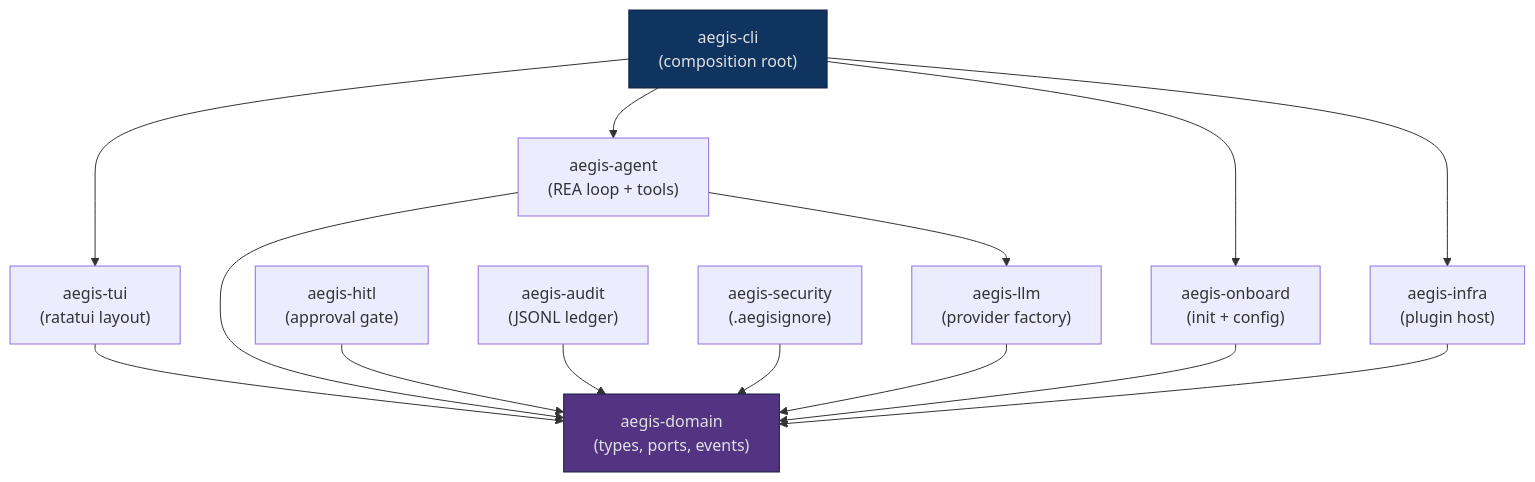
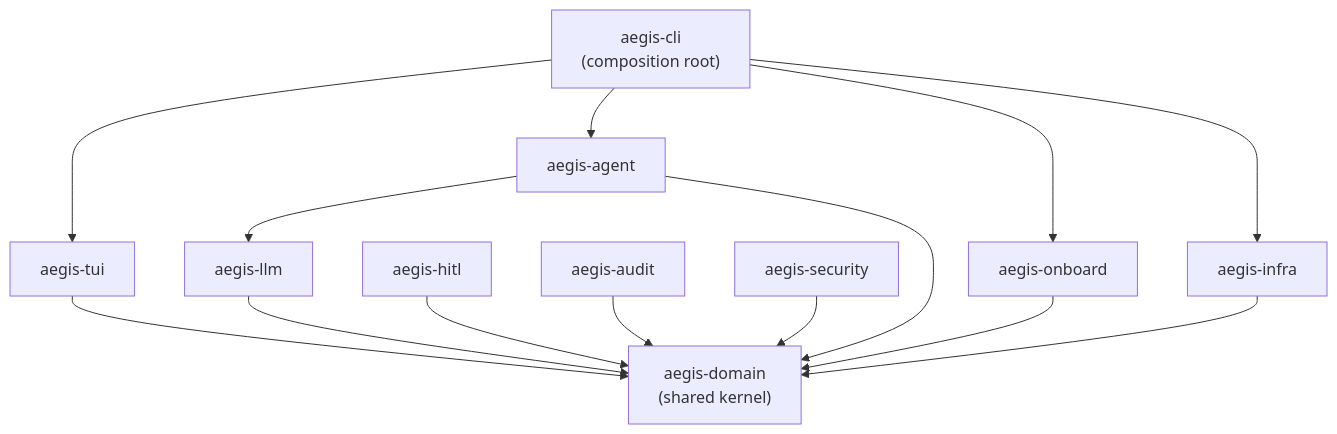
Before and after one commit to rtmx-ai/aegis-cli: the fifth of 5 diagrams in README.md, drawn with Mermaid. The commit also changed other lines of this file, not shown here.

First line of the commit message:
fix: remove dark theme from Mermaid diagrams for better contrast

````diff
--- a/README.md
+++ b/README.md
@@ -187,31 +163,17 @@
 ```mermaid
-graph TD
-    CLI["aegis-cli<br/>(composition root)"]
-    TUI["aegis-tui<br/>(ratatui layout)"]
-    Agent["aegis-agent<br/>(REA loop + tools)"]
-    LLM["aegis-llm<br/>(provider factory)"]
-    HITL["aegis-hitl<br/>(approval gate)"]
-    Audit["aegis-audit<br/>(JSONL ledger)"]
-    Security["aegis-security<br/>(.aegisignore)"]
-    Infra["aegis-infra<br/>(plugin host)"]
-    Onboard["aegis-onboard<br/>(init + config)"]
-    Domain["aegis-domain<br/>(types, ports, events)"]
+flowchart TD
+    CLI["aegis-cli\n(composition root)"]
+    TUI["aegis-tui"]
+    Agent["aegis-agent"]
+    LLM["aegis-llm"]
+    HITL["aegis-hitl"]
+    Audit["aegis-audit"]
+    Security["aegis-security"]
+    Infra["aegis-infra"]
+    Onboard["aegis-onboard"]
+    Domain["aegis-domain\n(shared kernel)"]
 
-    CLI --> TUI
-    CLI --> Agent
-    CLI --> Onboard
-    CLI --> Infra
-
-    TUI --> Domain
-    Agent --> Domain
+    CLI --> TUI & Agent & Onboard & Infra
     Agent --> LLM
-    HITL --> Domain
-    Audit --> Domain
-    Security --> Domain
-    Infra --> Domain
-    Onboard --> Domain
-    LLM --> Domain
-
-    style Domain fill:#533483,stroke:#16213e,color:#e0e0e0
-    style CLI fill:#0f3460,stroke:#16213e,color:#e0e0e0
+    TUI & Agent & HITL & Audit & Security & Infra & Onboard & LLM --> Domain
 ```
````
